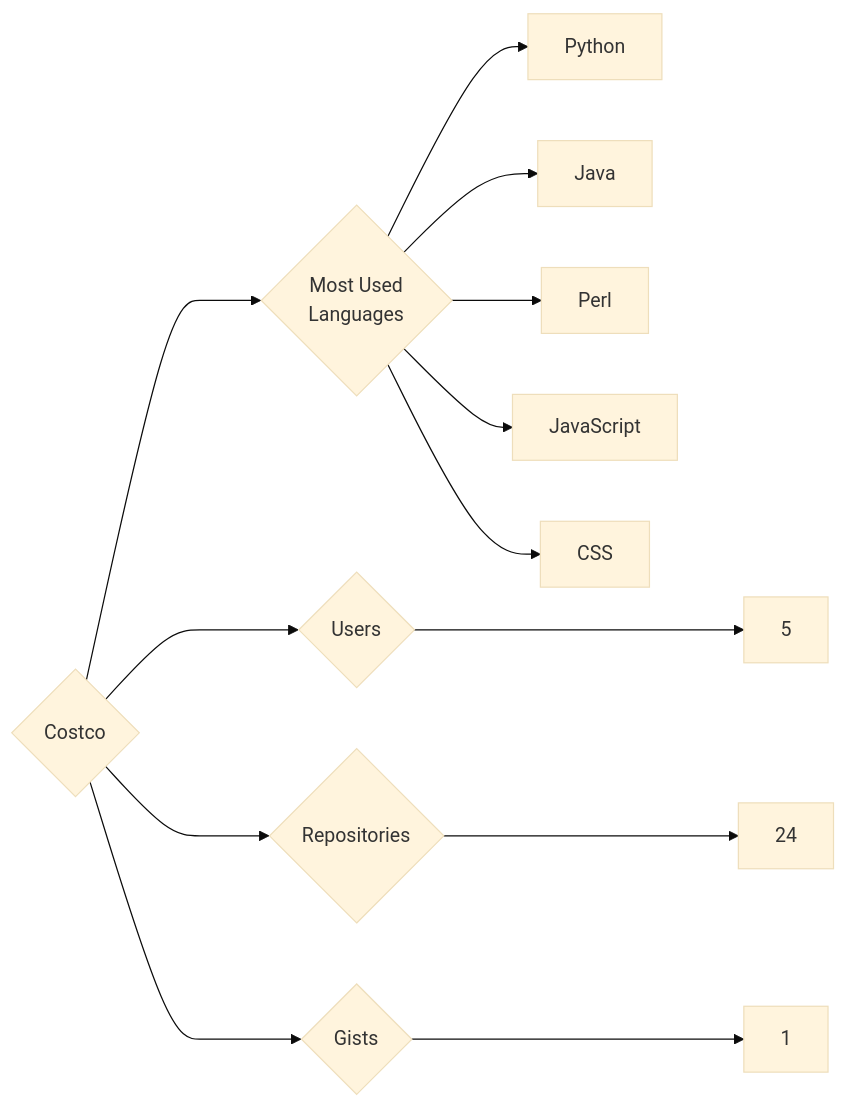
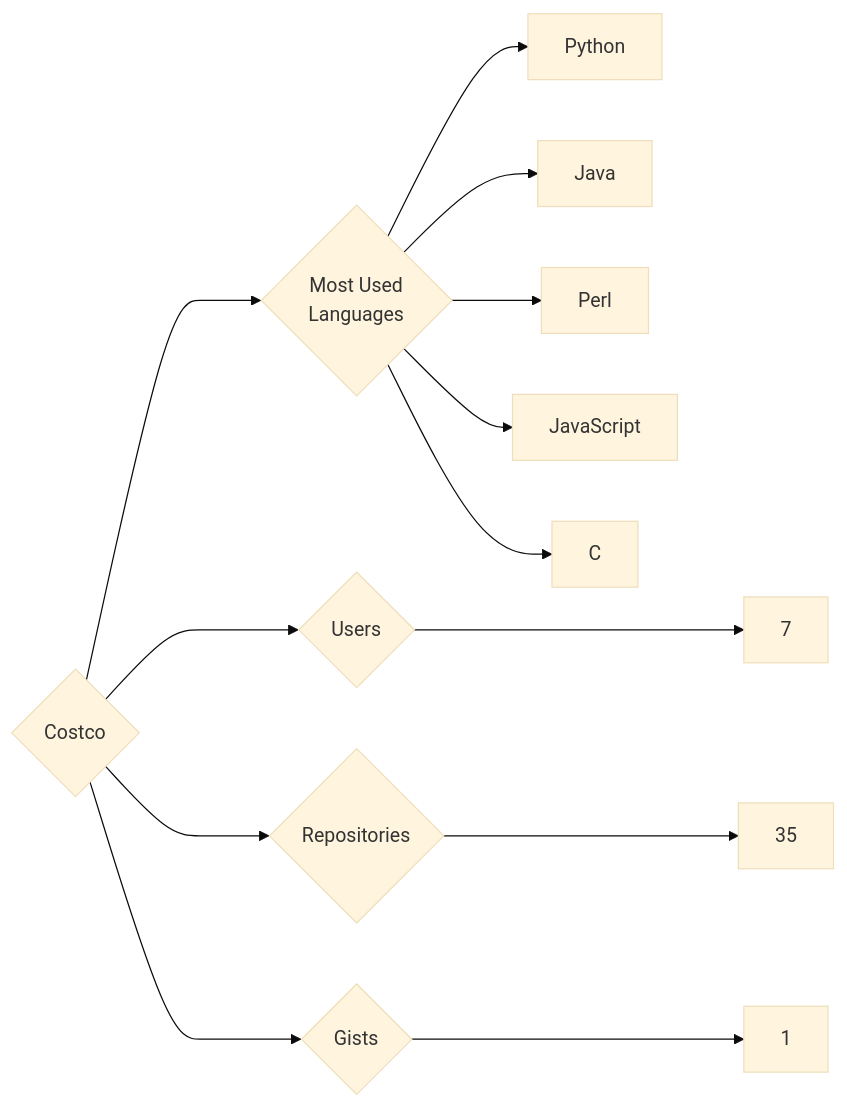
Before and after one commit to trickest/insiders: the diagram in targets/Costco/README.md, drawn with Mermaid (base theme). The commit also changed 1023 other files, not shown here.

````diff
--- a/targets/Costco/README.md
+++ b/targets/Costco/README.md
@@ -3,13 +3,13 @@
 ```mermaid
 graph LR
 COMPANY_NAME{Costco}
-COMPANY_NAME ---> U{Users} ---> UN[5]
-COMPANY_NAME ---> R{Repositories} ---> RN[24]
+COMPANY_NAME ---> U{Users} ---> UN[7]
+COMPANY_NAME ---> R{Repositories} ---> RN[35]
 COMPANY_NAME ---> G{Gists} ---> GN[1]
 COMPANY_NAME ---> ML{Most Used<br>Languages}
 ML --> Python[Python]
 ML --> Java[Java]
 ML --> Perl[Perl]
 ML --> JavaScript[JavaScript]
-ML --> CSS[CSS]
+ML --> C[C]
 ```
````
